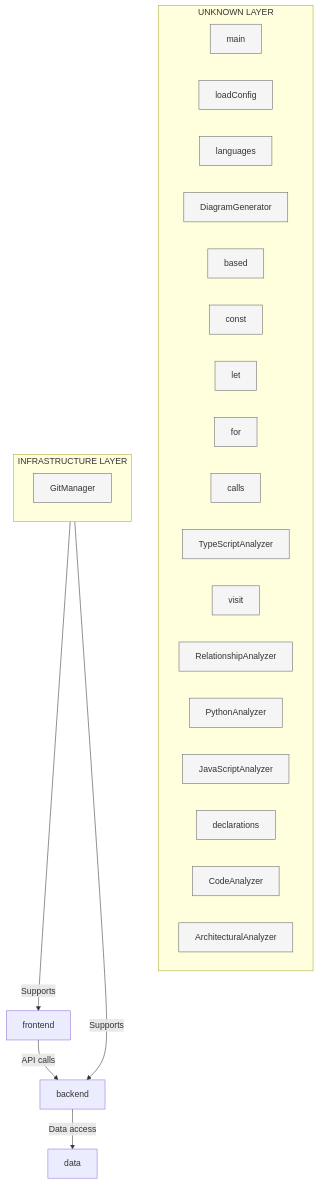
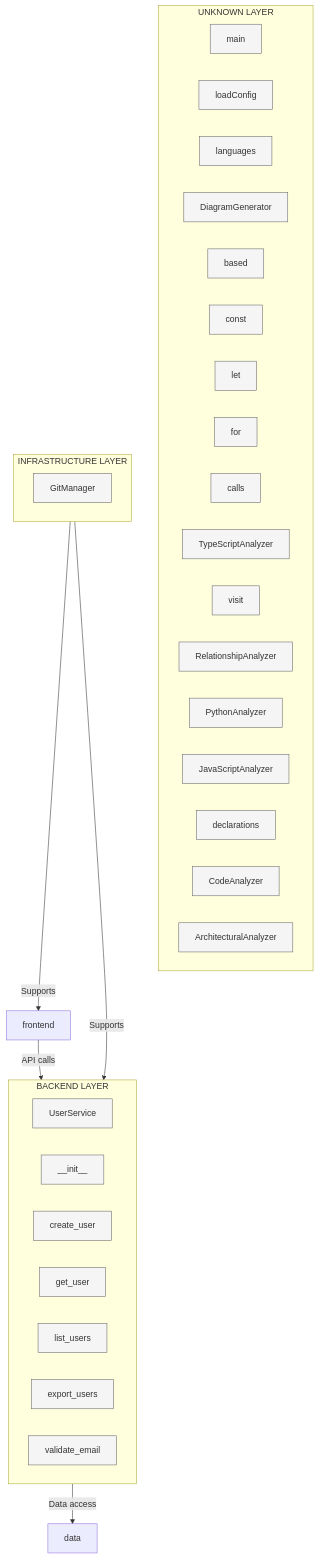
Before and after one commit to samjhill/diagrammer: the diagram in docs/architecture/layeredArchitecture.md, drawn with Mermaid. The commit also changed other lines of this file and 7 other files, not shown here.

Commit message:
docs(architecture): update generated diagrams with enhanced metrics and insights [skip ci]

````diff
--- a/docs/architecture/layeredArchitecture.md
+++ b/docs/architecture/layeredArchitecture.md
@@ -7,59 +7,77 @@
 ```mermaid
 graph TB
   classDef frontend fill:#e3f2fd,stroke:#1976d2,stroke-width:3px
   classDef backend fill:#e8f5e8,stroke:#388e3c,stroke-width:3px
   classDef data fill:#fff3e0,stroke:#f57c00,stroke-width:3px
   classDef infrastructure fill:#f3e5f5,stroke:#7b1fa2,stroke-width:3px
   classDef component fill:#f5f5f5,stroke:#666,stroke-width:1px
 
   subgraph unknown["UNKNOWN LAYER"]
     classDef unknownClass fill:#f5f5f5,stroke:#666,stroke-width:1px
     main["main"]
     main:::component
     loadConfig["loadConfig"]
     loadConfig:::component
     languages["languages"]
     languages:::component
     DiagramGenerator["DiagramGenerator"]
     DiagramGenerator:::component
     based["based"]
     based:::component
     const["const"]
     const:::component
     let["let"]
     let:::component
     for["for"]
     for:::component
     calls["calls"]
     calls:::component
     TypeScriptAnalyzer["TypeScriptAnalyzer"]
     TypeScriptAnalyzer:::component
     visit["visit"]
     visit:::component
     RelationshipAnalyzer["RelationshipAnalyzer"]
     RelationshipAnalyzer:::component
     PythonAnalyzer["PythonAnalyzer"]
     PythonAnalyzer:::component
     JavaScriptAnalyzer["JavaScriptAnalyzer"]
     JavaScriptAnalyzer:::component
     declarations["declarations"]
     declarations:::component
     CodeAnalyzer["CodeAnalyzer"]
     CodeAnalyzer:::component
     ArchitecturalAnalyzer["ArchitecturalAnalyzer"]
     ArchitecturalAnalyzer:::component
   end
 
   subgraph infrastructure["INFRASTRUCTURE LAYER"]
     classDef infrastructureClass fill:#f5f5f5,stroke:#666,stroke-width:1px
     GitManager["GitManager"]
     GitManager:::component
   end
 
+  subgraph backend["BACKEND LAYER"]
+    classDef backendClass fill:#f5f5f5,stroke:#666,stroke-width:1px
+    UserService["UserService"]
+    UserService:::component
+    __init__["__init__"]
+    __init__:::component
+    create_user["create_user"]
+    create_user:::component
+    get_user["get_user"]
+    get_user:::component
+    list_users["list_users"]
+    list_users:::component
+    export_users["export_users"]
+    export_users:::component
+    validate_email["validate_email"]
+    validate_email:::component
+  end
+
   %% Layer relationships
   frontend -->|API calls| backend
   backend -->|Data access| data
   infrastructure -->|Supports| frontend
   infrastructure -->|Supports| backend
 
 ```
````
